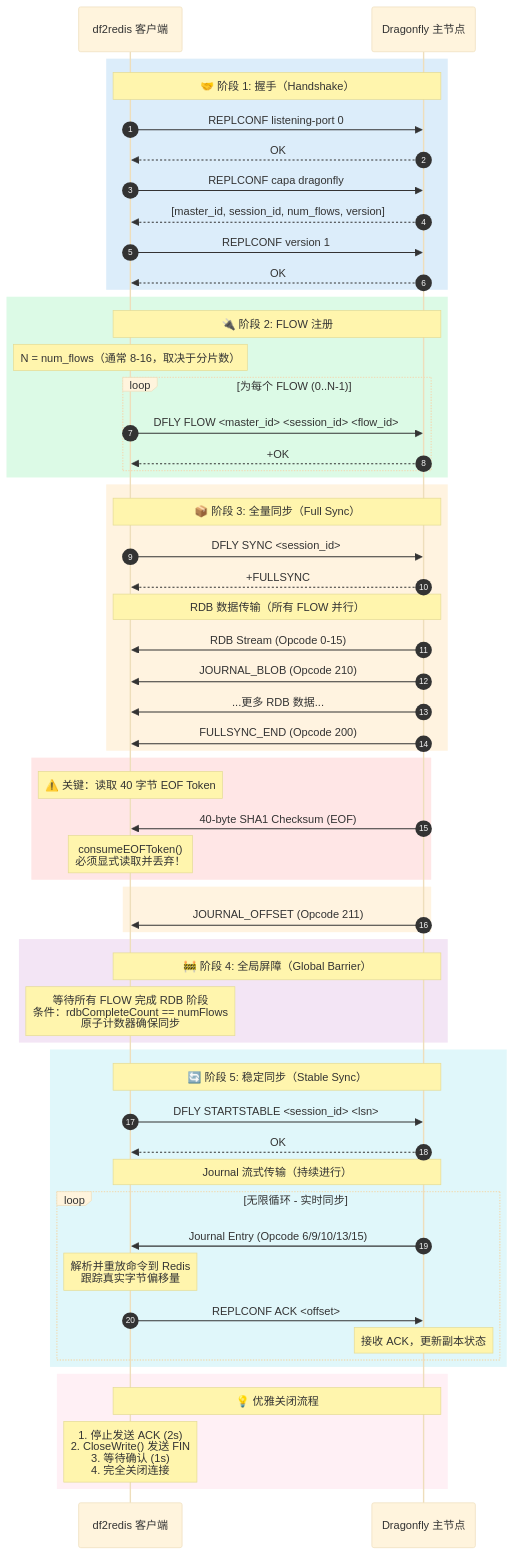
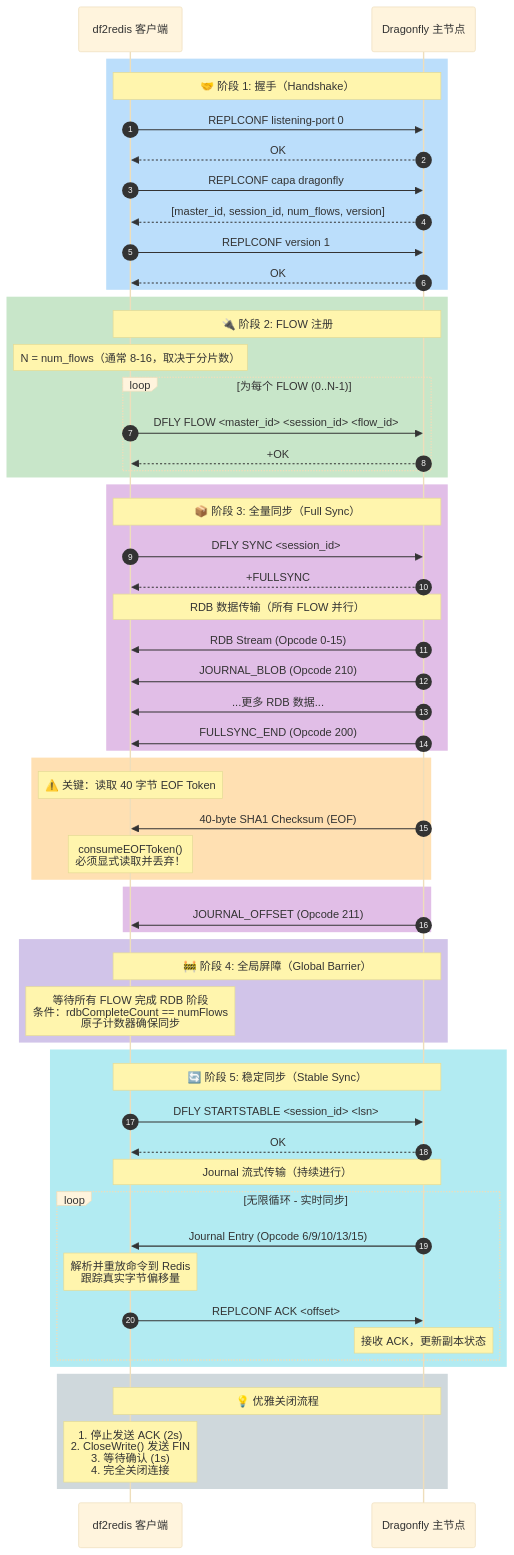
Before and after one commit to boomballa/df2redis: the diagram in docs/diagrams/replication-protocol-zh.mmd, drawn with Mermaid. The commit also changed 58 other files, not shown here.

First line of the commit message:
docs: upgrade diagrams with professional Material Design color scheme

```diff
--- a/docs/diagrams/replication-protocol-zh.mmd
+++ b/docs/diagrams/replication-protocol-zh.mmd
@@ -1,70 +1,70 @@
 %%{init: {'theme':'base', 'themeVariables': { 'fontSize':'16px', 'fontFamily':'Arial, Microsoft YaHei, sans-serif'}}}%%
 sequenceDiagram
     autonumber
     participant C as df2redis 客户端
     participant D as Dragonfly 主节点
 
-    rect rgb(220, 237, 250)
+    rect rgb(187, 222, 251)
         Note over C,D: 🤝 阶段 1: 握手（Handshake）
         C->>D: REPLCONF listening-port 0
         D-->>C: OK
         C->>D: REPLCONF capa dragonfly
         D-->>C: [master_id, session_id, num_flows, version]
         C->>D: REPLCONF version 1
         D-->>C: OK
     end
 
-    rect rgb(220, 250, 230)
+    rect rgb(200, 230, 201)
         Note over C,D: 🔌 阶段 2: FLOW 注册
         Note over C: N = num_flows（通常 8-16，取决于分片数）
         loop 为每个 FLOW (0..N-1)
             C->>D: DFLY FLOW <master_id> <session_id> <flow_id>
             D-->>C: +OK
         end
     end
 
-    rect rgb(255, 243, 224)
+    rect rgb(225, 190, 231)
         Note over C,D: 📦 阶段 3: 全量同步（Full Sync）
         C->>D: DFLY SYNC <session_id>
         D-->>C: +FULLSYNC
 
         Note over C,D: RDB 数据传输（所有 FLOW 并行）
         D->>C: RDB Stream (Opcode 0-15)
         D->>C: JOURNAL_BLOB (Opcode 210)
         D->>C: ...更多 RDB 数据...
         D->>C: FULLSYNC_END (Opcode 200)
     end
 
-    rect rgb(255, 230, 230)
+    rect rgb(255, 224, 178)
         Note over C: ⚠️ 关键：读取 40 字节 EOF Token
         D->>C: 40-byte SHA1 Checksum (EOF)
         Note over C: consumeEOFToken()<br/>必须显式读取并丢弃！
     end
 
-    rect rgb(255, 243, 224)
+    rect rgb(225, 190, 231)
         D->>C: JOURNAL_OFFSET (Opcode 211)
     end
 
-    rect rgb(243, 229, 245)
+    rect rgb(209, 196, 233)
         Note over C,D: 🚧 阶段 4: 全局屏障（Global Barrier）
         Note over C: 等待所有 FLOW 完成 RDB 阶段<br/>条件：rdbCompleteCount == numFlows<br/>原子计数器确保同步
     end
 
-    rect rgb(224, 247, 250)
+    rect rgb(178, 235, 242)
         Note over C,D: 🔄 阶段 5: 稳定同步（Stable Sync）
         C->>D: DFLY STARTSTABLE <session_id> <lsn>
         D-->>C: OK
 
         Note over C,D: Journal 流式传输（持续进行）
         loop 无限循环 - 实时同步
             D->>C: Journal Entry (Opcode 6/9/10/13/15)
             Note over C: 解析并重放命令到 Redis<br/>跟踪真实字节偏移量
             C->>D: REPLCONF ACK <offset>
             Note over D: 接收 ACK，更新副本状态
         end
     end
 
-    rect rgb(255, 240, 245)
+    rect rgb(207, 216, 220)
         Note over C,D: 💡 优雅关闭流程
         Note over C: 1. 停止发送 ACK (2s)<br/>2. CloseWrite() 发送 FIN<br/>3. 等待确认 (1s)<br/>4. 完全关闭连接
     end
```
